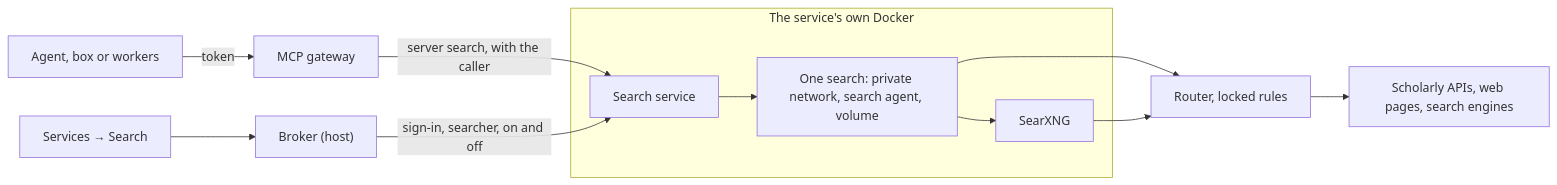
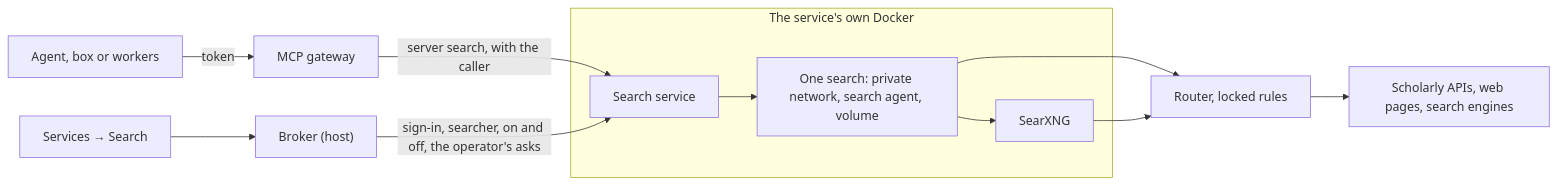
The diagram in docs/architecture/Search.md (joaopn/research-sandbox), drawn with Mermaid before and after one commit. The commit also changed other lines of this file and 5 other files, not shown here.

````diff
--- a/docs/architecture/Search.md
+++ b/docs/architecture/Search.md
@@ -16,14 +22,14 @@
 ```mermaid
 flowchart LR
   agent["Agent, box or workers"] -->|"token"| gateway["MCP gateway"]
   gateway -->|"server search, with the caller"| service["Search service"]
   page["Services → Search"] --> broker["Broker (host)"]
-  broker -->|"sign-in, searcher, on and off"| service
+  broker -->|"sign-in, searcher, on and off, the operator's asks"| service
   subgraph inner["The service's own Docker"]
     service --> search1["One search: private network, search agent, volume"]
     search1 --> searxng["SearXNG"]
   end
   search1 --> router["Router, locked rules"]
   searxng --> router
   router --> web["Scholarly APIs, web pages, search engines"]
 ```
````
